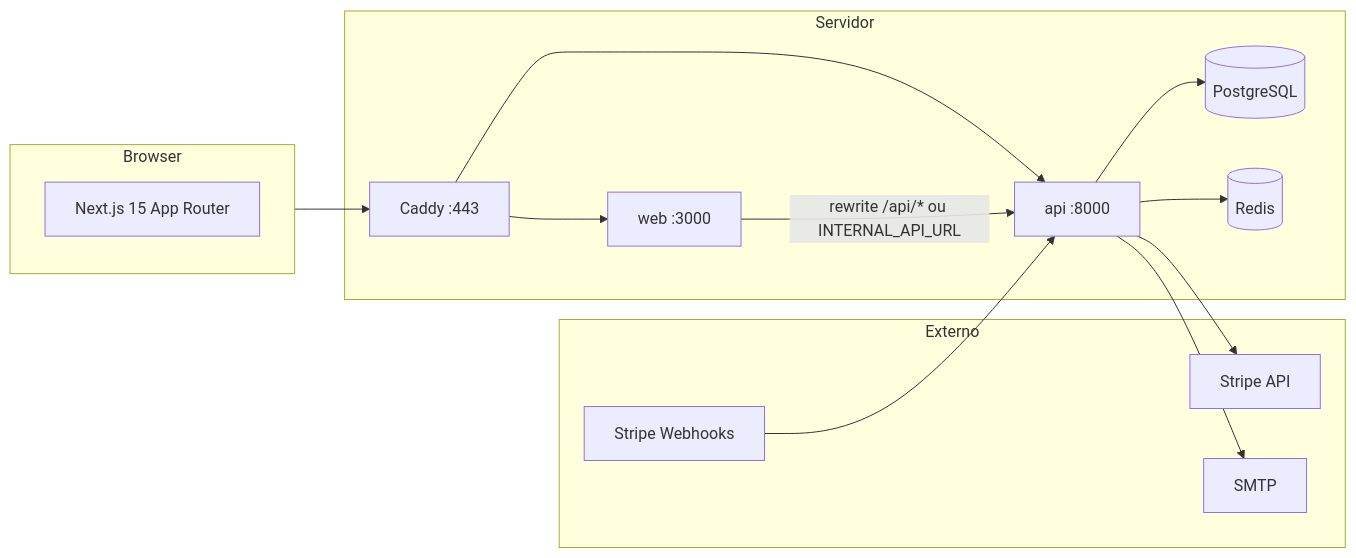
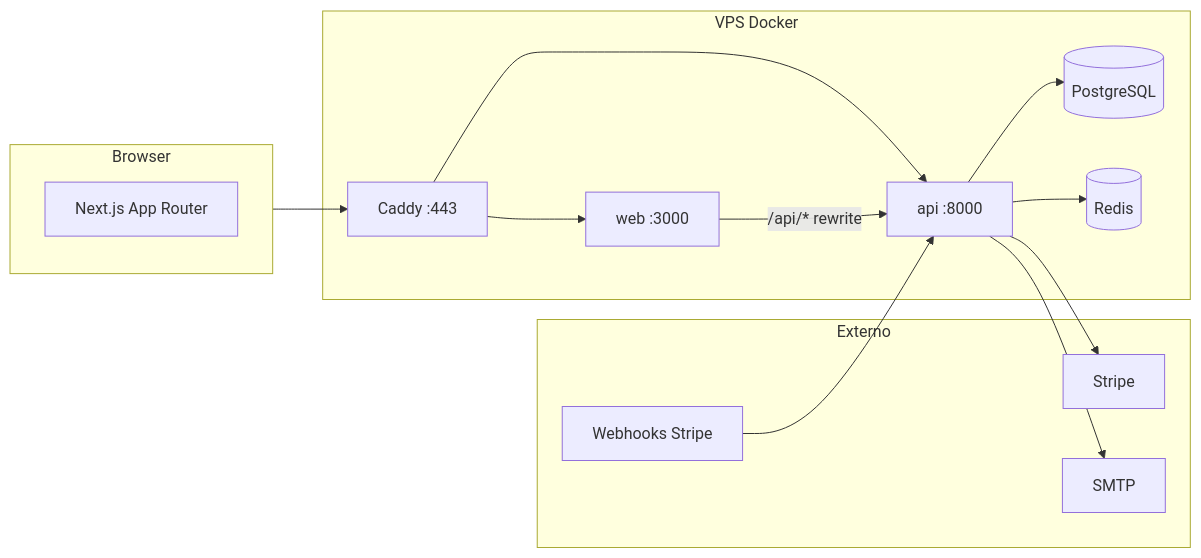
The first of 4 diagrams in specs/eventosbr-sistema.md (ortizpedroso/eventos), drawn with Mermaid before and after one commit. The commit also changed other lines of this file and 2 other files, not shown here.

````diff
--- a/specs/eventosbr-sistema.md
+++ b/specs/eventosbr-sistema.md
@@ -58,26 +82,26 @@
 ```mermaid
 flowchart LR
   subgraph browser [Browser]
-    Next[Next.js 15 App Router]
+    Next[Next.js App Router]
   end
-  subgraph vps [Servidor]
+  subgraph vps [VPS Docker]
     Caddy[Caddy :443]
     Web[web :3000]
     API[api :8000]
     PG[(PostgreSQL)]
     RD[(Redis)]
   end
   subgraph ext [Externo]
-    ST[Stripe API]
-    WH[Stripe Webhooks]
+    ST[Stripe]
+    WH[Webhooks Stripe]
     SMTP[SMTP]
   end
   browser --> Caddy --> Web
   Caddy --> API
-  Web -->|rewrite /api/* ou INTERNAL_API_URL| API
+  Web -->|/api/* rewrite| API
   API --> PG
   API --> RD
   API --> ST
   WH --> API
   API --> SMTP
 ```
````
